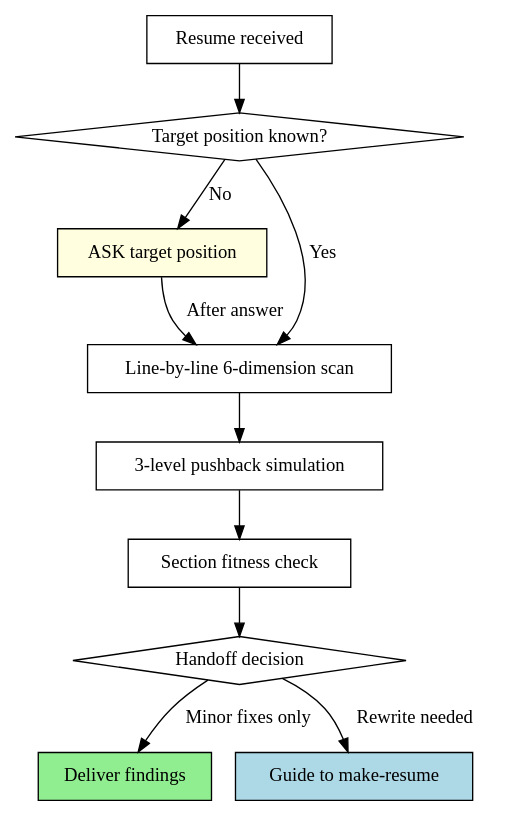
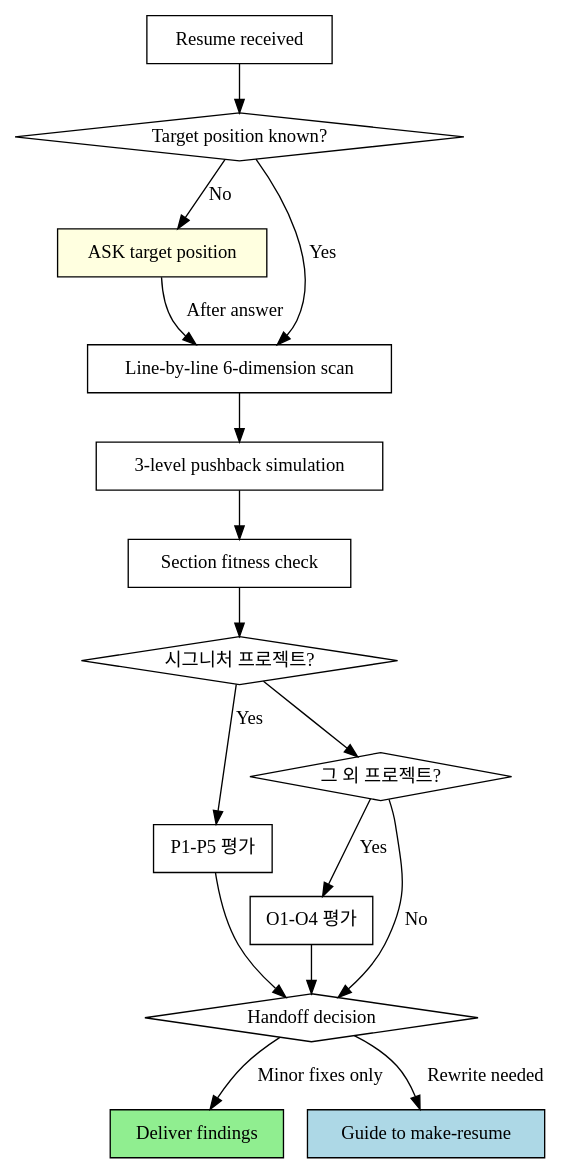
Before and after one commit to toongri/oh-my-toong-playground: the first of 2 diagrams in projects/toongri.github.io/skills/review-resume/SKILL.md, drawn with Graphviz. The commit also changed other lines of this file and 11 other files, not shown here.

First line of the commit message:
feat: 이력서 스킬 현업 시그니처 및 그 외 프로젝트 추가

````diff
--- a/projects/toongri.github.io/skills/review-resume/SKILL.md
+++ b/projects/toongri.github.io/skills/review-resume/SKILL.md
@@ -20,24 +20,34 @@
 ```dot
 digraph review_protocol {
     rankdir=TB;
     "Resume received" [shape=box];
     "Target position known?" [shape=diamond];
     "ASK target position" [shape=box, style=filled, fillcolor=lightyellow];
     "Line-by-line 6-dimension scan" [shape=box];
     "3-level pushback simulation" [shape=box];
     "Section fitness check" [shape=box];
+    "시그니처 프로젝트?" [shape=diamond];
+    "P1-P5 평가" [shape=box];
+    "그 외 프로젝트?" [shape=diamond];
+    "O1-O4 평가" [shape=box];
     "Handoff decision" [shape=diamond];
     "Deliver findings" [shape=box, style=filled, fillcolor=lightgreen];
     "Guide to make-resume" [shape=box, style=filled, fillcolor=lightblue];
 
     "Resume received" -> "Target position known?";
     "Target position known?" -> "ASK target position" [label="No"];
     "Target position known?" -> "Line-by-line 6-dimension scan" [label="Yes"];
     "ASK target position" -> "Line-by-line 6-dimension scan" [label="After answer"];
     "Line-by-line 6-dimension scan" -> "3-level pushback simulation";
     "3-level pushback simulation" -> "Section fitness check";
-    "Section fitness check" -> "Handoff decision";
+    "Section fitness check" -> "시그니처 프로젝트?";
+    "시그니처 프로젝트?" -> "P1-P5 평가" [label="Yes"];
+    "시그니처 프로젝트?" -> "그 외 프로젝트?";
+    "그 외 프로젝트?" -> "O1-O4 평가" [label="Yes"];
+    "P1-P5 평가" -> "Handoff decision";
+    "O1-O4 평가" -> "Handoff decision";
+    "그 외 프로젝트?" -> "Handoff decision" [label="No"];
     "Handoff decision" -> "Deliver findings" [label="Minor fixes only"];
     "Handoff decision" -> "Guide to make-resume" [label="Rewrite needed"];
 }
 ```
````
